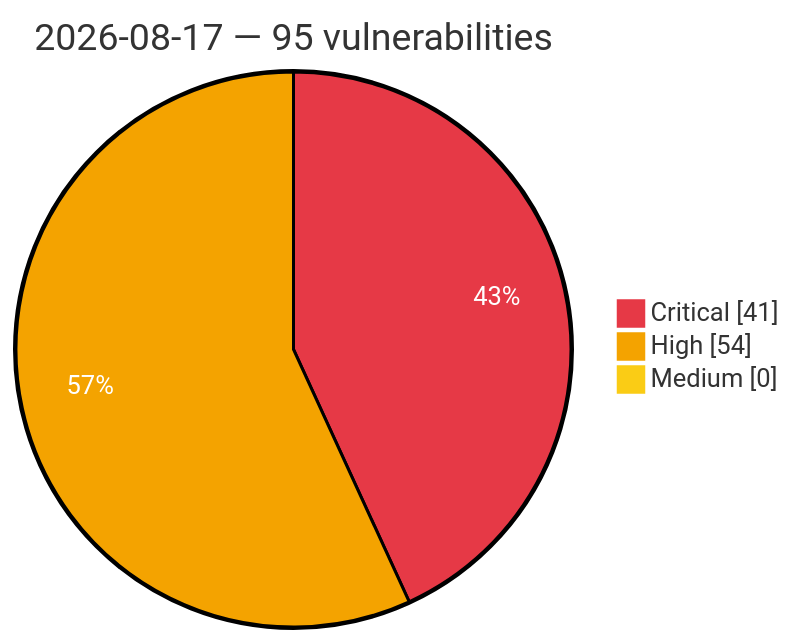
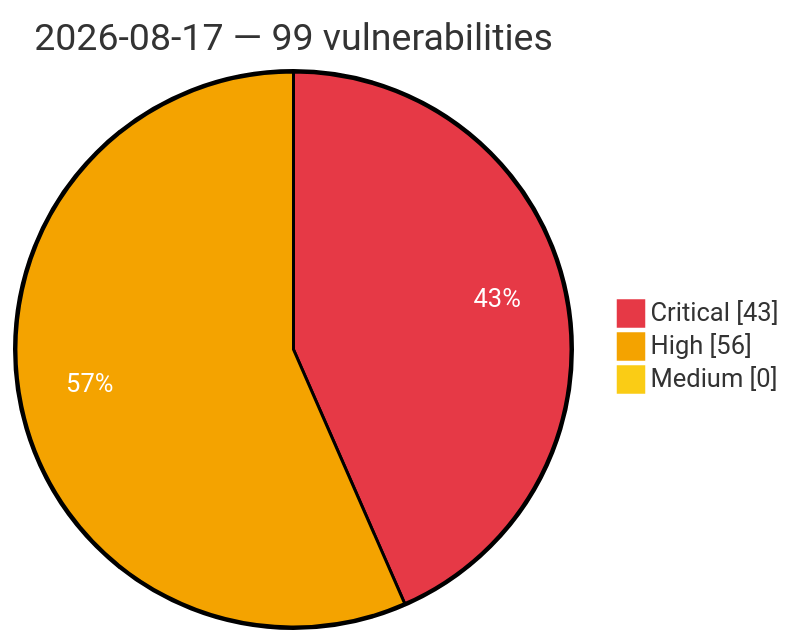
One commit to GhostX0X/vuln-tracker changed the diagram in vulnerabilities/2026/August/2026-08-17.md. Above: the diagram before and after it, drawn with Mermaid. The commit also changed other lines of this file and 5 other files, not shown here.

Commit message:
Auto update: critical/high vulns (2026-08-17 23:57 UTC)

````diff
--- a/vulnerabilities/2026/August/2026-08-17.md
+++ b/vulnerabilities/2026/August/2026-08-17.md
@@ -3,8 +3,8 @@
 ```mermaid
 %%{init: {'theme':'base', 'themeVariables': {'pie1':'#e63946', 'pie2':'#f4a300', 'pie3':'#facc15', 'pieOpacity':'1', 'pieOuterStrokeWidth':'2px', 'pieSectionTextColor':'#ffffff'}}}%%
 pie showData
-    title 2026-08-17 — 95 vulnerabilities
-    "Critical" : 41
-    "High" : 54
+    title 2026-08-17 — 99 vulnerabilities
+    "Critical" : 43
+    "High" : 56
     "Medium" : 0
 ```
````
